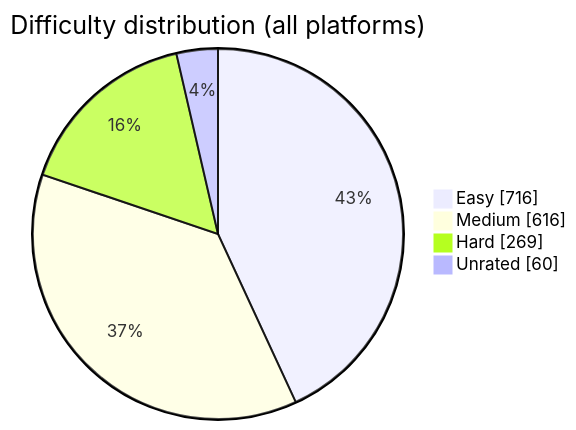
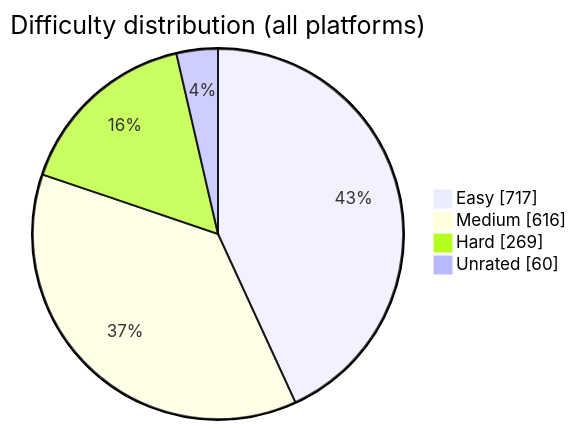
One commit to BuildbyArindam/Daily-Coding-Log changed the diagram in README.md. Above: the diagram before and after it, drawn with Mermaid. The commit also changed other lines of this file, not shown here.

````diff
--- a/README.md
+++ b/README.md
@@ -93,7 +93,7 @@
 ```mermaid
 pie showData title Difficulty distribution (all platforms)
-    "Easy" : 716
+    "Easy" : 717
     "Medium" : 616
     "Hard" : 269
     "Unrated" : 60
 ```
````
